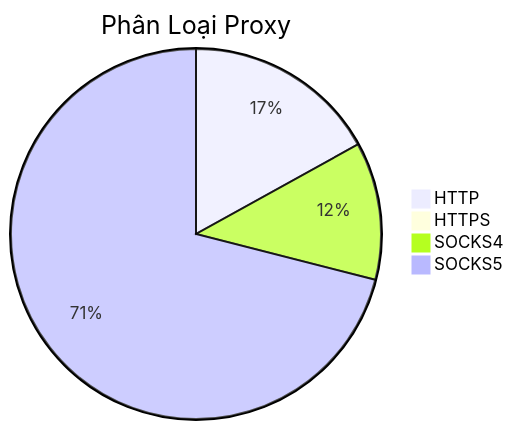
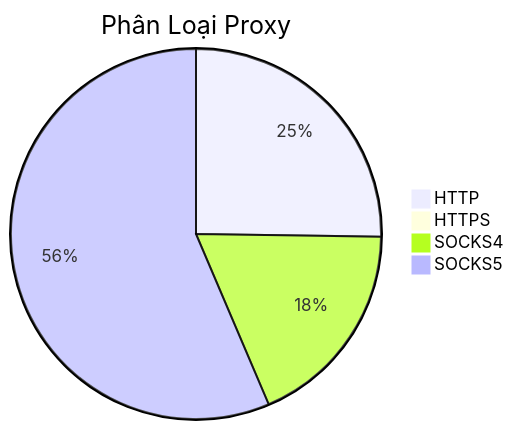
One commit to Ciara-Aa/PROXY-free changed the diagram in README.md. Above: the diagram before and after it, drawn with Mermaid. The commit also changed other lines of this file and 4 other files, not shown here.

````diff
--- a/README.md
+++ b/README.md
@@ -26,7 +26,7 @@
 ```mermaid
 pie title Phân Loại Proxy
-    "HTTP" : 334
-    "HTTPS" : 3
-    "SOCKS4" : 237
-    "SOCKS5" : 1399
+    "HTTP" : 344
+    "HTTPS" : 4
+    "SOCKS4" : 250
+    "SOCKS5" : 769
 ```
````
